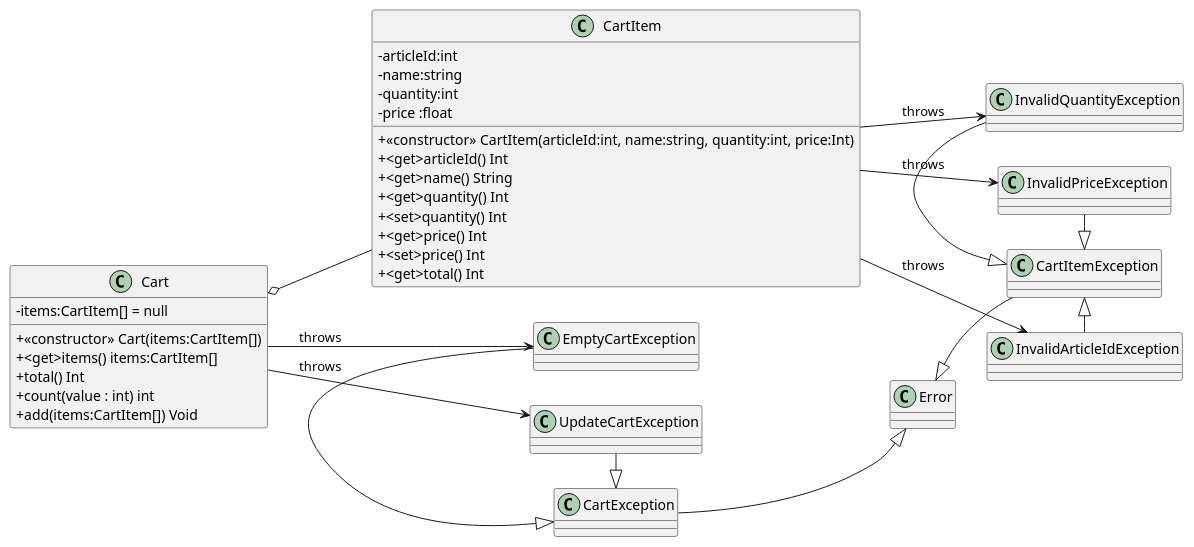
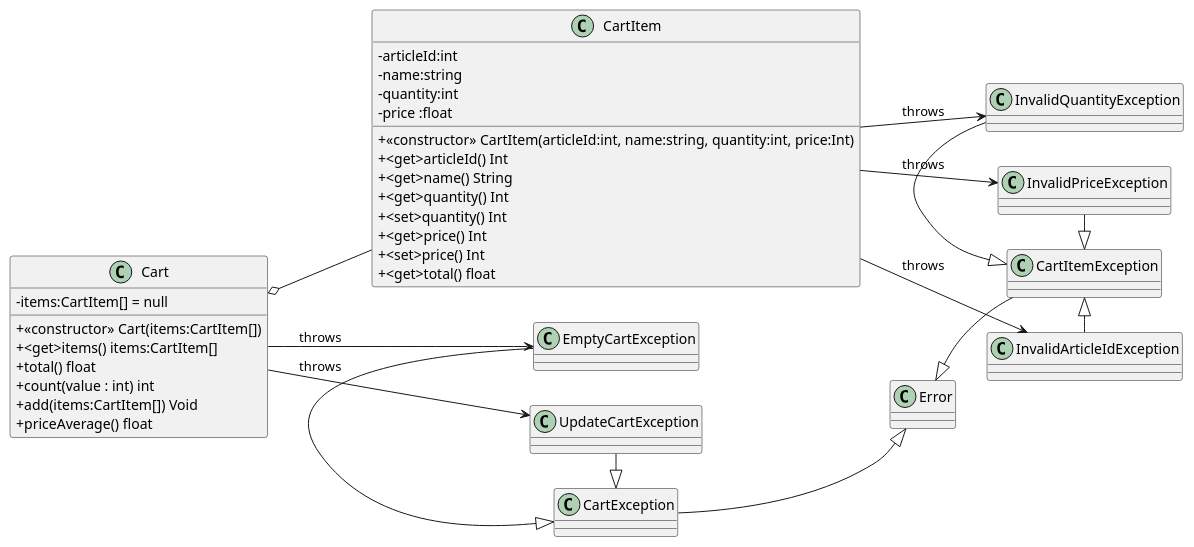
One commit to T5uy0/Shopping-JulienSchneider changed the diagram in docs/class-diagram.puml. Above: the diagram before and after it, drawn with PlantUML.

Commit message:
docs: add priceAverage methode

```diff
--- a/docs/class-diagram.puml
+++ b/docs/class-diagram.puml
@@ -1,64 +1,65 @@
 @startuml
 
 left to right direction
 skinparam classAttributeIconSize 0
 
 'Classes declaration
 class CartItem {
 
     - articleId:int
     - name:string
     - quantity:int
     - price :float
 
     + <<constructor>> CartItem(articleId:int, name:string, quantity:int, price:Int)
     +<get>articleId() Int
     +<get>name() String
     +<get>quantity() Int
     +<set>quantity() Int
     +<get>price() Int
     +<set>price() Int
-    +<get>total() Int
+    +<get>total() float
 }
 
 class Cart {
     - items:CartItem[] = null
     + <<constructor>> Cart(items:CartItem[])
     +<get>items() items:CartItem[]
-    + total() Int
+    + total() float
     + count(value : int) int
     + add(items:CartItem[]) Void
+    + priceAverage() float
 }
 
 class Error{}
 
 'CartItem
 class CartItemException{}
 class InvalidArticleIdException{}
 class InvalidQuantityException{}
 class InvalidPriceException{}
 
 'Cart
 class CartException{}
 class EmptyCartException{}
 class UpdateCartException{}
 
 'CartItem
 CartItem --> InvalidArticleIdException: throws
 CartItem --> InvalidQuantityException : throws
 CartItem --> InvalidPriceException : throws
 
 Cart o-- CartItem
 Cart --> EmptyCartException : throws
 Cart --> UpdateCartException : throws
 CartException -|> Error
 EmptyCartException -|> CartException
 UpdateCartException -|> CartException
 
 
 Error <|- CartItemException
 InvalidPriceException -|> CartItemException
 InvalidQuantityException -|> CartItemException
 CartItemException <|- InvalidArticleIdException
 
 @enduml
```
